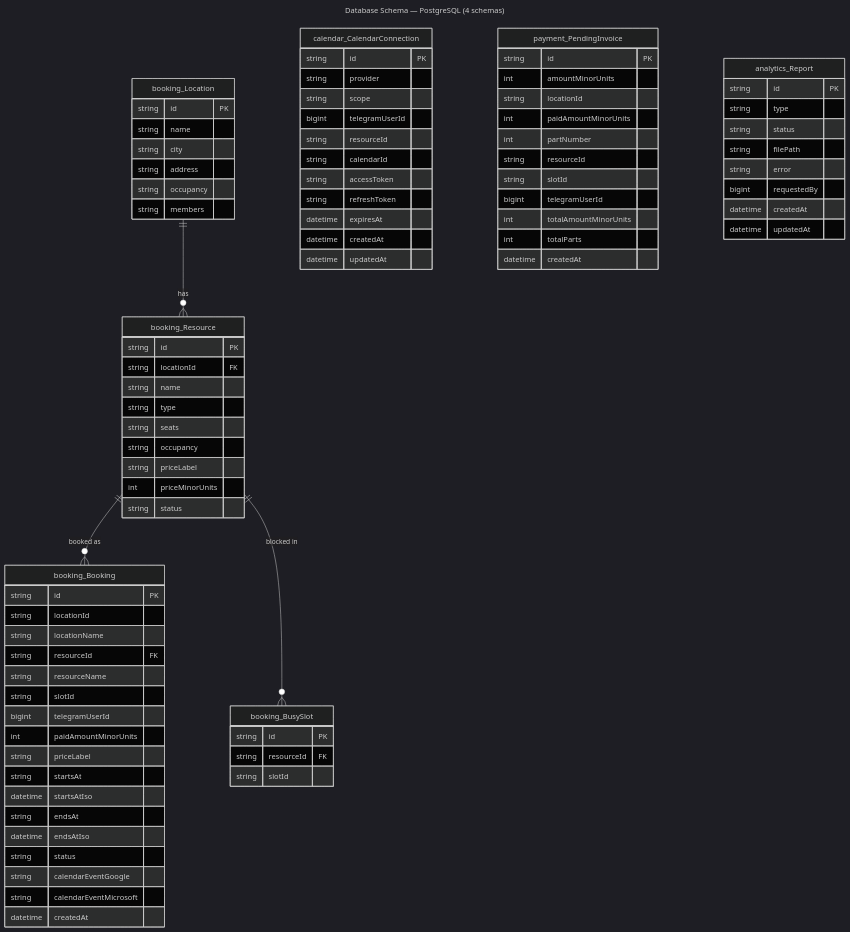
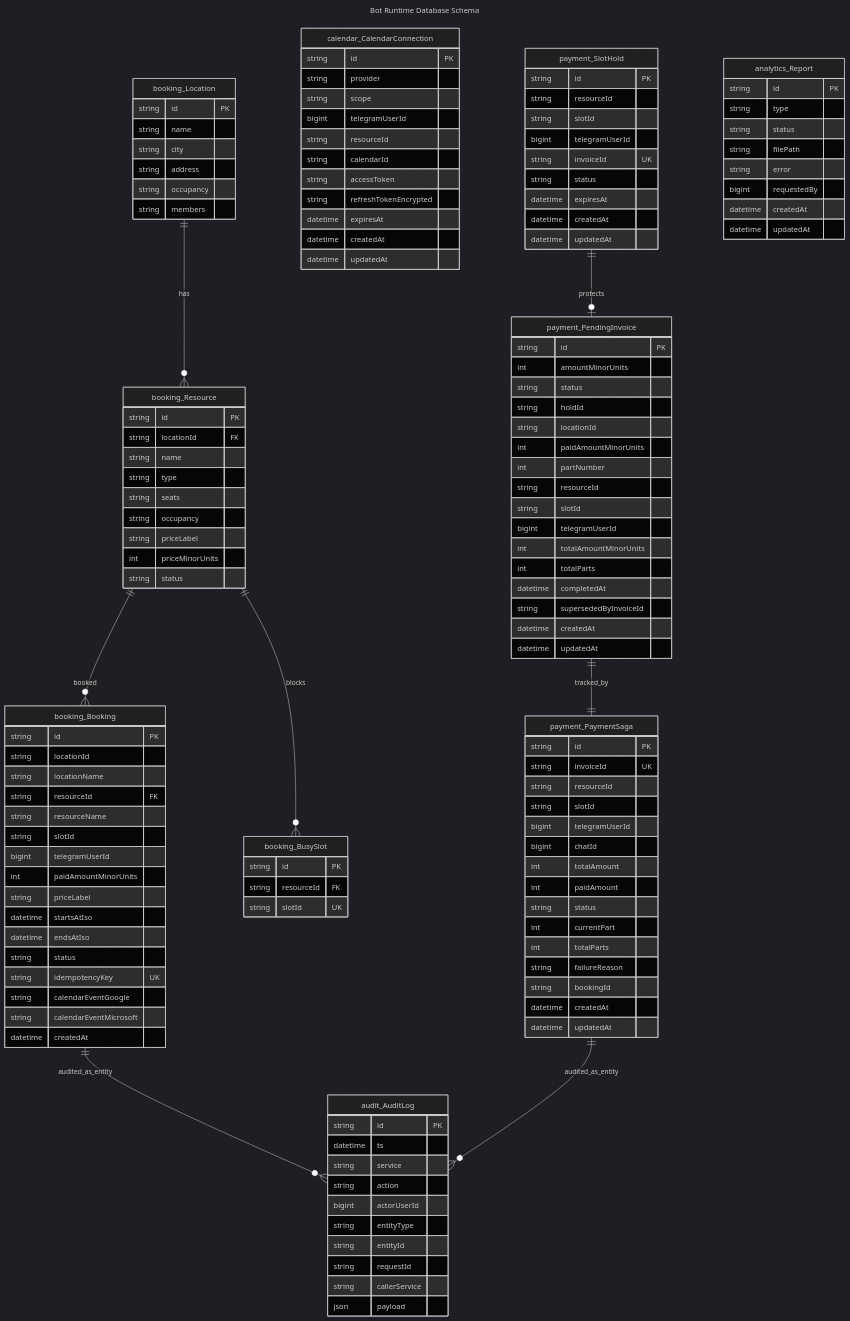
One commit to Hqzdev/Metrix changed the diagram in docs/telegram-bot-diagrams/07-db-schema.mmd. Above: the diagram before and after it, drawn with Mermaid (dark theme). The commit also changed 162 other files, not shown here.

```diff
--- a/docs/telegram-bot-diagrams/07-db-schema.mmd
+++ b/docs/telegram-bot-diagrams/07-db-schema.mmd
@@ -1,98 +1,144 @@
 ---
-title: Database Schema — PostgreSQL (4 schemas)
+title: Bot Runtime Database Schema
 ---
 erDiagram
-
-    %% ── booking schema ──────────────────────────────────────
     booking_Location {
-        string  id          PK
-        string  name
-        string  city
-        string  address
-        string  occupancy
-        string  members
+        string id PK
+        string name
+        string city
+        string address
+        string occupancy
+        string members
     }
 
     booking_Resource {
-        string  id              PK
-        string  locationId      FK
-        string  name
-        string  type
-        string  seats
-        string  occupancy
-        string  priceLabel
-        int     priceMinorUnits
-        string  status
+        string id PK
+        string locationId FK
+        string name
+        string type
+        string seats
+        string occupancy
+        string priceLabel
+        int priceMinorUnits
+        string status
     }
 
     booking_Booking {
-        string   id                      PK
-        string   locationId
-        string   locationName
-        string   resourceId              FK
-        string   resourceName
-        string   slotId
-        bigint   telegramUserId
-        int      paidAmountMinorUnits
-        string   priceLabel
-        string   startsAt
+        string id PK
+        string locationId
+        string locationName
+        string resourceId FK
+        string resourceName
+        string slotId
+        bigint telegramUserId
+        int paidAmountMinorUnits
+        string priceLabel
         datetime startsAtIso
-        string   endsAt
         datetime endsAtIso
-        string   status
-        string   calendarEventGoogle
-        string   calendarEventMicrosoft
+        string status
+        string idempotencyKey UK
+        string calendarEventGoogle
+        string calendarEventMicrosoft
         datetime createdAt
     }
 
     booking_BusySlot {
-        string  id          PK
-        string  resourceId  FK
-        string  slotId
+        string id PK
+        string resourceId FK
+        string slotId UK
     }
 
-    booking_Location ||--o{ booking_Resource   : "has"
-    booking_Resource ||--o{ booking_Booking    : "booked as"
-    booking_Resource ||--o{ booking_BusySlot   : "blocked in"
-
-    %% ── calendar schema ─────────────────────────────────────
     calendar_CalendarConnection {
-        string   id             PK
-        string   provider
-        string   scope
-        bigint   telegramUserId
-        string   resourceId
-        string   calendarId
-        string   accessToken
-        string   refreshToken
+        string id PK
+        string provider
+        string scope
+        bigint telegramUserId
+        string resourceId
+        string calendarId
+        string accessToken
+        string refreshTokenEncrypted
         datetime expiresAt
         datetime createdAt
         datetime updatedAt
     }
 
-    %% ── payment schema ──────────────────────────────────────
     payment_PendingInvoice {
-        string  id                      PK
-        int     amountMinorUnits
-        string  locationId
-        int     paidAmountMinorUnits
-        int     partNumber
-        string  resourceId
-        string  slotId
-        bigint  telegramUserId
-        int     totalAmountMinorUnits
-        int     totalParts
-        datetime createdAt
-    }
-
-    %% ── analytics schema ────────────────────────────────────
-    analytics_Report {
-        string   id          PK
-        string   type
-        string   status
-        string   filePath
-        string   error
-        bigint   requestedBy
+        string id PK
+        int amountMinorUnits
+        string status
+        string holdId
+        string locationId
+        int paidAmountMinorUnits
+        int partNumber
+        string resourceId
+        string slotId
+        bigint telegramUserId
+        int totalAmountMinorUnits
+        int totalParts
+        datetime completedAt
+        string supersededByInvoiceId
         datetime createdAt
         datetime updatedAt
     }
+
+    payment_SlotHold {
+        string id PK
+        string resourceId
+        string slotId
+        bigint telegramUserId
+        string invoiceId UK
+        string status
+        datetime expiresAt
+        datetime createdAt
+        datetime updatedAt
+    }
+
+    payment_PaymentSaga {
+        string id PK
+        string invoiceId UK
+        string resourceId
+        string slotId
+        bigint telegramUserId
+        bigint chatId
+        int totalAmount
+        int paidAmount
+        string status
+        int currentPart
+        int totalParts
+        string failureReason
+        string bookingId
+        datetime createdAt
+        datetime updatedAt
+    }
+
+    analytics_Report {
+        string id PK
+        string type
+        string status
+        string filePath
+        string error
+        bigint requestedBy
+        datetime createdAt
+        datetime updatedAt
+    }
+
+    audit_AuditLog {
+        string id PK
+        datetime ts
+        string service
+        string action
+        bigint actorUserId
+        string entityType
+        string entityId
+        string requestId
+        string callerService
+        json payload
+    }
+
+    booking_Location ||--o{ booking_Resource : has
+    booking_Resource ||--o{ booking_Booking : booked
+    booking_Resource ||--o{ booking_BusySlot : blocks
+    payment_SlotHold ||--o| payment_PendingInvoice : protects
+    payment_PendingInvoice ||--|| payment_PaymentSaga : tracked_by
+    booking_Booking ||--o{ audit_AuditLog : audited_as_entity
+    payment_PaymentSaga ||--o{ audit_AuditLog : audited_as_entity
```
